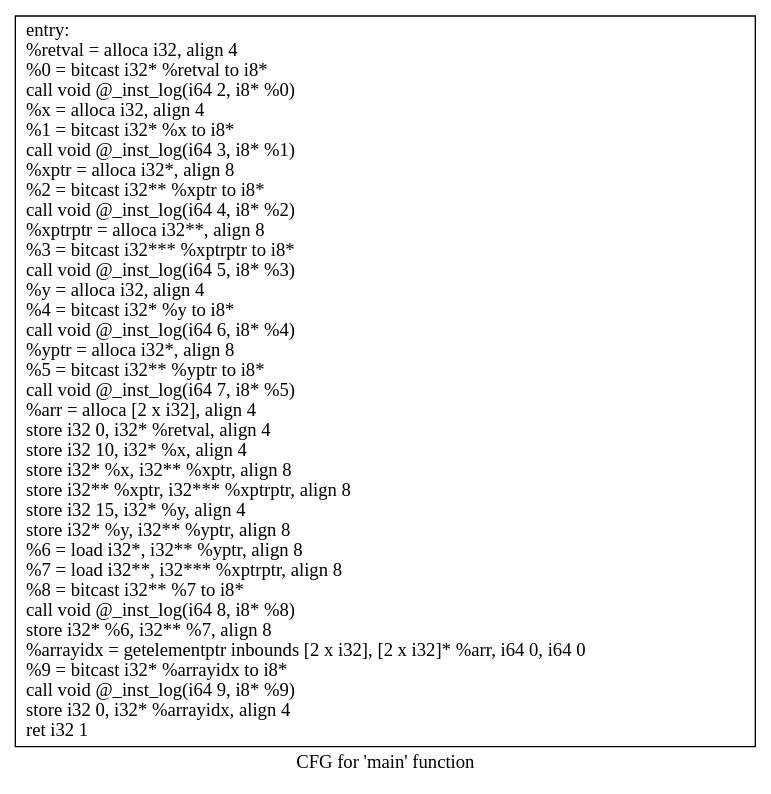
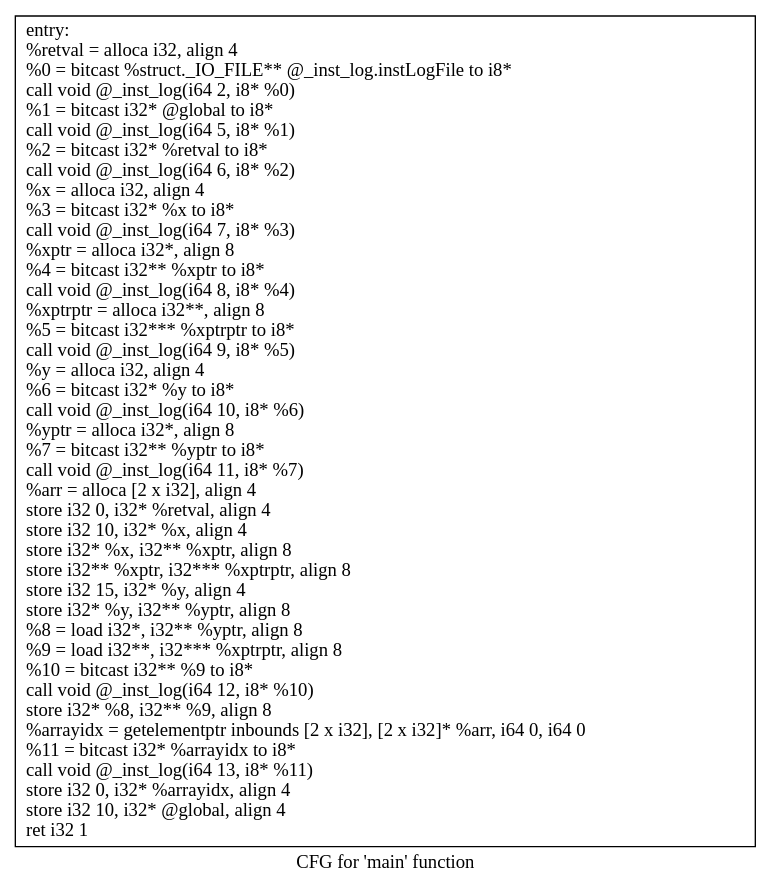
One commit to mattqemo/eecs583fp changed the diagram in 583simple/.main.dot. Above: the diagram before and after it, drawn with Graphviz. The commit also changed 18 other files, not shown here.

```diff
--- a/583simple/.main.dot
+++ b/583simple/.main.dot
@@ -1,5 +1,5 @@
 digraph "CFG for 'main' function" {
 	label="CFG for 'main' function";
 
-	Node0x556f844cd400 [shape=record,label="{entry:\l  %retval = alloca i32, align 4\l  %0 = bitcast i32* %retval to i8*\l  call void @_inst_log(i64 2, i8* %0)\l  %x = alloca i32, align 4\l  %1 = bitcast i32* %x to i8*\l  call void @_inst_log(i64 3, i8* %1)\l  %xptr = alloca i32*, align 8\l  %2 = bitcast i32** %xptr to i8*\l  call void @_inst_log(i64 4, i8* %2)\l  %xptrptr = alloca i32**, align 8\l  %3 = bitcast i32*** %xptrptr to i8*\l  call void @_inst_log(i64 5, i8* %3)\l  %y = alloca i32, align 4\l  %4 = bitcast i32* %y to i8*\l  call void @_inst_log(i64 6, i8* %4)\l  %yptr = alloca i32*, align 8\l  %5 = bitcast i32** %yptr to i8*\l  call void @_inst_log(i64 7, i8* %5)\l  %arr = alloca [2 x i32], align 4\l  store i32 0, i32* %retval, align 4\l  store i32 10, i32* %x, align 4\l  store i32* %x, i32** %xptr, align 8\l  store i32** %xptr, i32*** %xptrptr, align 8\l  store i32 15, i32* %y, align 4\l  store i32* %y, i32** %yptr, align 8\l  %6 = load i32*, i32** %yptr, align 8\l  %7 = load i32**, i32*** %xptrptr, align 8\l  %8 = bitcast i32** %7 to i8*\l  call void @_inst_log(i64 8, i8* %8)\l  store i32* %6, i32** %7, align 8\l  %arrayidx = getelementptr inbounds [2 x i32], [2 x i32]* %arr, i64 0, i64 0\l  %9 = bitcast i32* %arrayidx to i8*\l  call void @_inst_log(i64 9, i8* %9)\l  store i32 0, i32* %arrayidx, align 4\l  ret i32 1\l}"];
+	Node0x55bc25ed8530 [shape=record,label="{entry:\l  %retval = alloca i32, align 4\l  %0 = bitcast %struct._IO_FILE** @_inst_log.instLogFile to i8*\l  call void @_inst_log(i64 2, i8* %0)\l  %1 = bitcast i32* @global to i8*\l  call void @_inst_log(i64 5, i8* %1)\l  %2 = bitcast i32* %retval to i8*\l  call void @_inst_log(i64 6, i8* %2)\l  %x = alloca i32, align 4\l  %3 = bitcast i32* %x to i8*\l  call void @_inst_log(i64 7, i8* %3)\l  %xptr = alloca i32*, align 8\l  %4 = bitcast i32** %xptr to i8*\l  call void @_inst_log(i64 8, i8* %4)\l  %xptrptr = alloca i32**, align 8\l  %5 = bitcast i32*** %xptrptr to i8*\l  call void @_inst_log(i64 9, i8* %5)\l  %y = alloca i32, align 4\l  %6 = bitcast i32* %y to i8*\l  call void @_inst_log(i64 10, i8* %6)\l  %yptr = alloca i32*, align 8\l  %7 = bitcast i32** %yptr to i8*\l  call void @_inst_log(i64 11, i8* %7)\l  %arr = alloca [2 x i32], align 4\l  store i32 0, i32* %retval, align 4\l  store i32 10, i32* %x, align 4\l  store i32* %x, i32** %xptr, align 8\l  store i32** %xptr, i32*** %xptrptr, align 8\l  store i32 15, i32* %y, align 4\l  store i32* %y, i32** %yptr, align 8\l  %8 = load i32*, i32** %yptr, align 8\l  %9 = load i32**, i32*** %xptrptr, align 8\l  %10 = bitcast i32** %9 to i8*\l  call void @_inst_log(i64 12, i8* %10)\l  store i32* %8, i32** %9, align 8\l  %arrayidx = getelementptr inbounds [2 x i32], [2 x i32]* %arr, i64 0, i64 0\l  %11 = bitcast i32* %arrayidx to i8*\l  call void @_inst_log(i64 13, i8* %11)\l  store i32 0, i32* %arrayidx, align 4\l  store i32 10, i32* @global, align 4\l  ret i32 1\l}"];
 }
```
